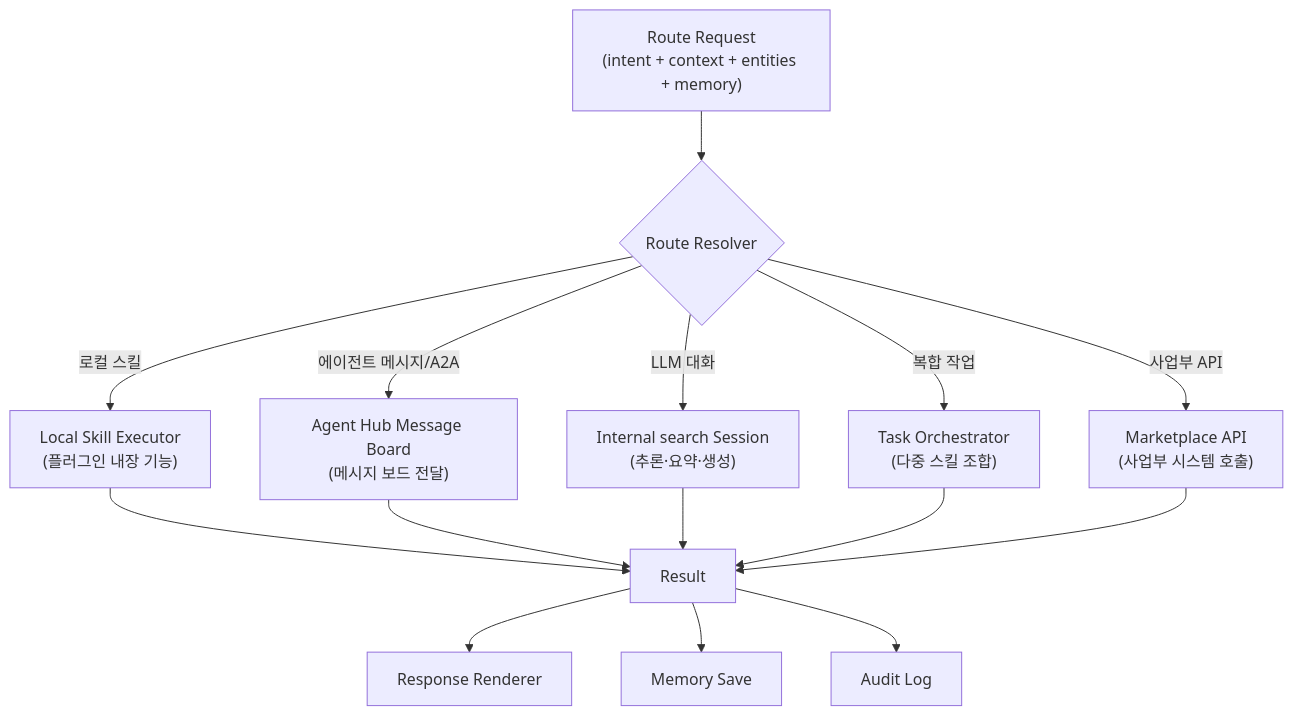
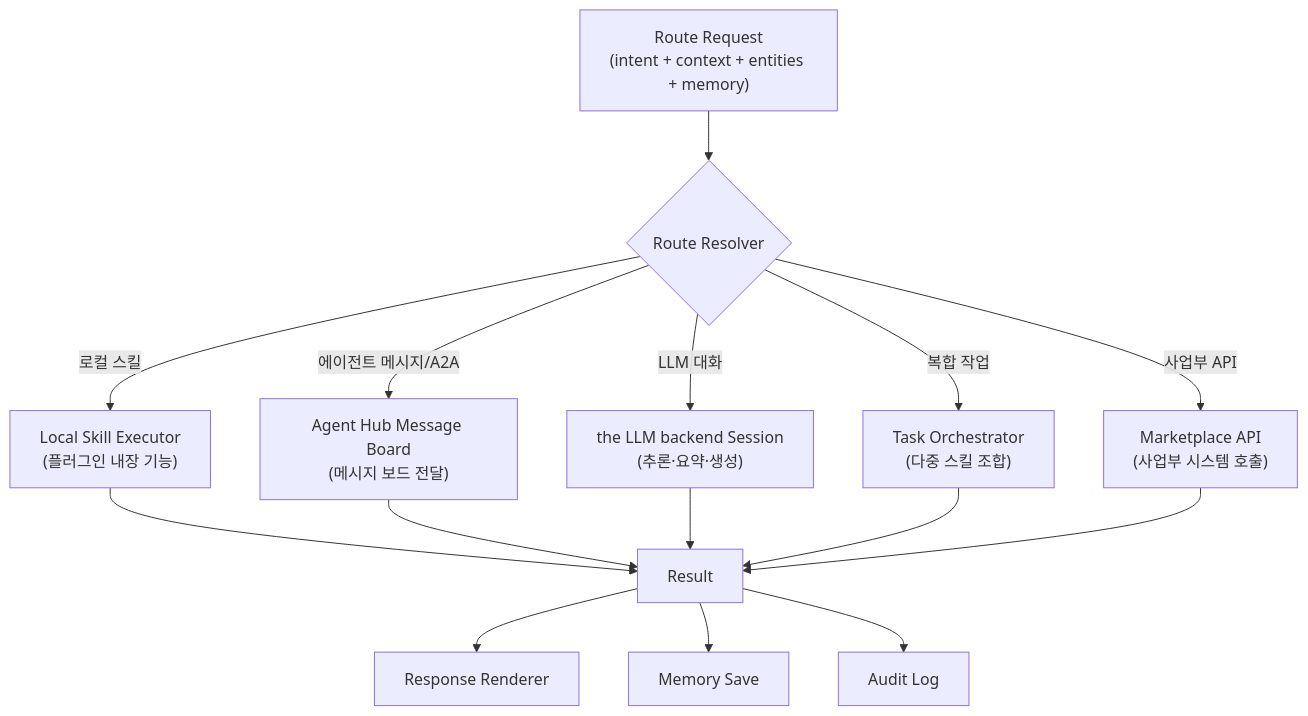
Diagram 18 of 44 in docs/architecture/architecture.md (lvis-project/lvis-app), drawn with Mermaid before and after one commit. The commit also changed other lines of this file and 76 other files, not shown here.

````diff
--- a/docs/architecture/architecture.md
+++ b/docs/architecture/architecture.md
@@ -1398,22 +1398,22 @@
 ```mermaid
 flowchart TB
     ROUTE_IN["Route Request<br/>(intent + context + entities + memory)"]
 
     ROUTE_IN --> RESOLVER{"Route Resolver"}
 
     RESOLVER -->|"로컬 스킬"| LOCAL["Local Skill Executor<br/>(플러그인 내장 기능)"]
     RESOLVER -->|"에이전트 메시지/A2A"| A2A["Agent Hub Message Board<br/>(메시지 보드 전달)"]
-    RESOLVER -->|"LLM 대화"| corporateNIE["Internal search Session<br/>(추론·요약·생성)"]
+    RESOLVER -->|"LLM 대화"| LLM_BACKEND["the LLM backend Session<br/>(추론·요약·생성)"]
     RESOLVER -->|"복합 작업"| ORCHESTRATOR["Task Orchestrator<br/>(다중 스킬 조합)"]
     RESOLVER -->|"사업부 API"| MARKET["Marketplace API<br/>(사업부 시스템 호출)"]
 
     LOCAL --> RESULT["Result"]
     A2A --> RESULT
-    corporateNIE --> RESULT
+    LLM_BACKEND --> RESULT
     ORCHESTRATOR --> RESULT
     MARKET --> RESULT
 
     RESULT --> UI["Response Renderer"]
     RESULT --> MEM["Memory Save"]
     RESULT --> AUDIT["Audit Log"]
 ```
````
